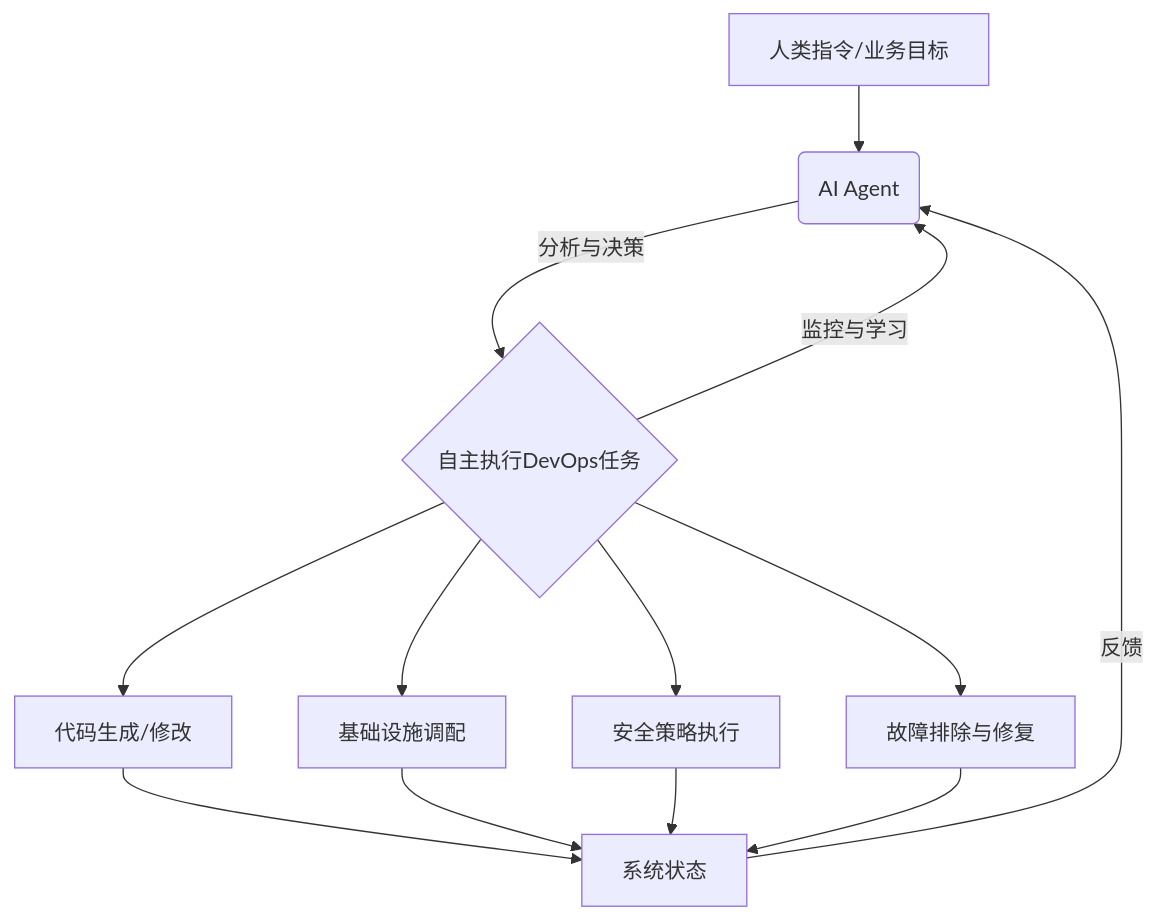
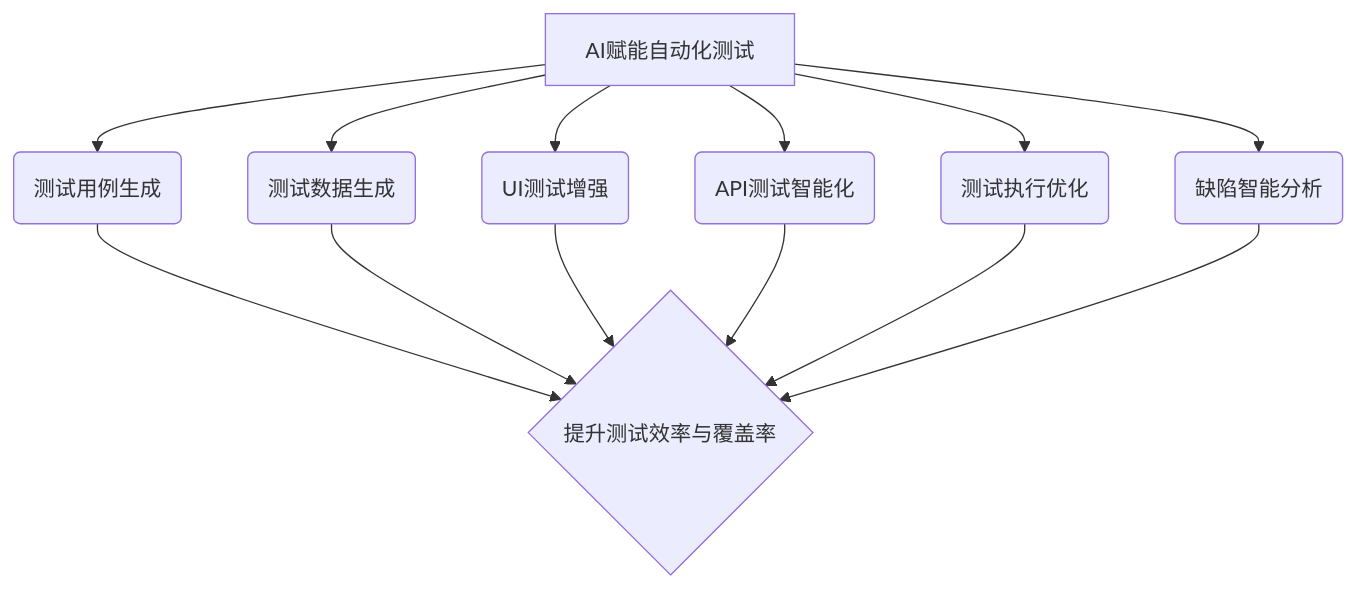
Before and after one commit to ethan-jiang-1/ai_study_devops: the fourth of 4 diagrams in EXPLORE_DEVOPS/result_ppt/DevOps_AI_Report_Simplified_Slides.md, drawn with Mermaid. The commit also changed other lines of this file, not shown here.

````diff
--- a/EXPLORE_DEVOPS/result_ppt/DevOps_AI_Report_Simplified_Slides.md
+++ b/EXPLORE_DEVOPS/result_ppt/DevOps_AI_Report_Simplified_Slides.md
@@ -200,12 +215,15 @@
 ```mermaid
 graph TD
-    A[人类指令/业务目标] --> B(AI Agent);
-    B -- 分析与决策 --> C{自主执行DevOps任务};
-    C -- 监控与学习 --> B;
-    C --> D[代码生成/修改];
-    C --> E[基础设施调配];
-    C --> F[安全策略执行];
-    C --> G[故障排除与修复];
-    D & E & F & G --> H[系统状态];
-    H -- 反馈 --> B;
+    A[AI赋能自动化测试] --> B(测试用例生成);
+    A --> C(测试数据生成);
+    A --> D(UI测试增强);
+    A --> E(API测试智能化);
+    A --> F(测试执行优化);
+    A --> G(缺陷智能分析);
+    B --> H{提升测试效率与覆盖率};
+    C --> H;
+    D --> H;
+    E --> H;
+    F --> H;
+    G --> H;
 ```
````
